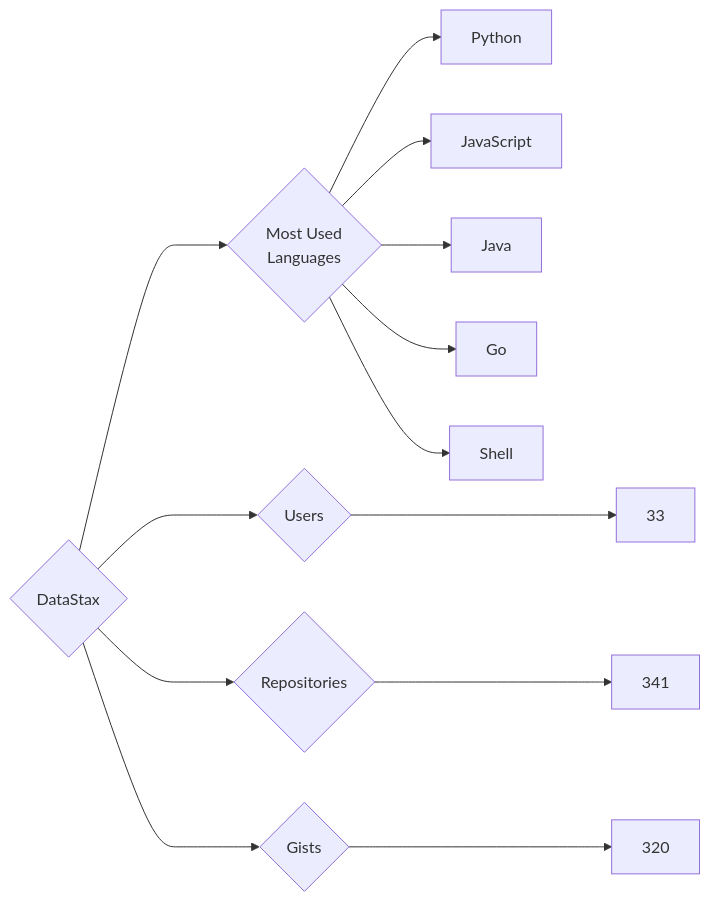
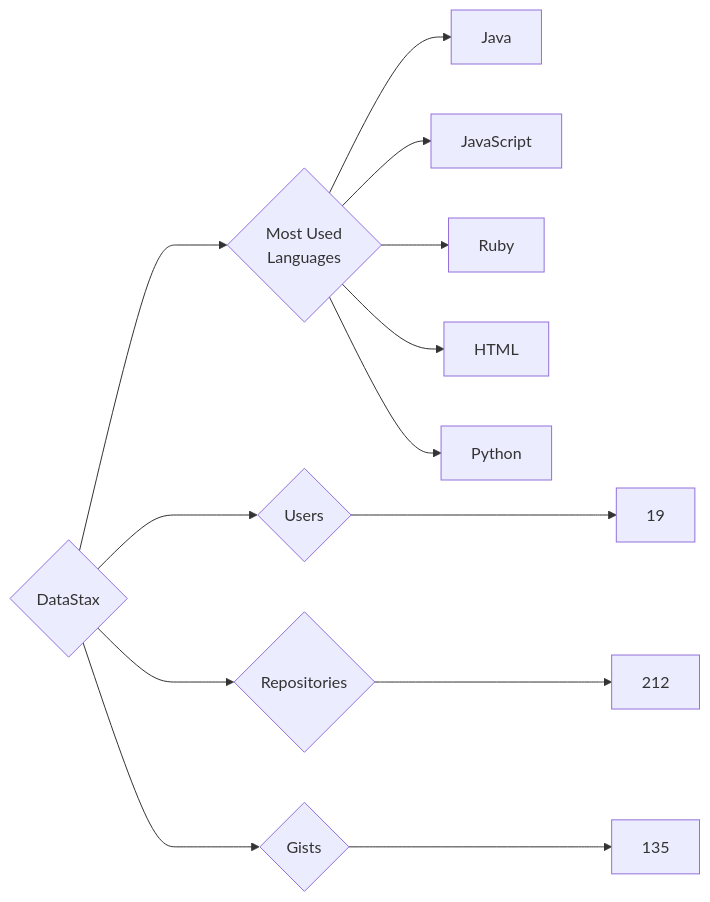
One commit to trickest/insiders changed the diagram in targets/DataStax/README.md. Above: the diagram before and after it, drawn with Mermaid. The commit also changed 932 other files, not shown here.

````diff
--- a/targets/DataStax/README.md
+++ b/targets/DataStax/README.md
@@ -3,13 +3,13 @@
 ```mermaid
 graph LR
 COMPANY_NAME{DataStax}
-COMPANY_NAME ---> U{Users} ---> UN[33]
-COMPANY_NAME ---> R{Repositories} ---> RN[341]
-COMPANY_NAME ---> G{Gists} ---> GN[320]
+COMPANY_NAME ---> U{Users} ---> UN[19]
+COMPANY_NAME ---> R{Repositories} ---> RN[212]
+COMPANY_NAME ---> G{Gists} ---> GN[135]
 COMPANY_NAME ---> ML{Most Used<br>Languages}
+ML --> Java[Java]
+ML --> JavaScript[JavaScript]
+ML --> Ruby[Ruby]
+ML --> HTML[HTML]
 ML --> Python[Python]
-ML --> JavaScript[JavaScript]
-ML --> Java[Java]
-ML --> Go[Go]
-ML --> Shell[Shell]
 ```
````
